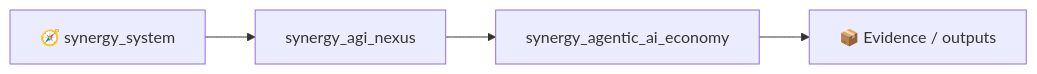
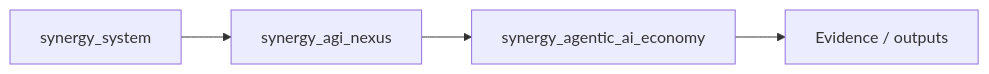
Before and after one commit to Shtenco/synergy_agentic_ai_economy: the second of 3 diagrams in README.md, drawn with Mermaid. The commit also changed other lines of this file, not shown here.

````diff
--- a/README.md
+++ b/README.md
@@ -1245,6 +1245,6 @@
 ```mermaid
 flowchart LR
-    SYS[🧭 synergy_system] --> P[synergy_agi_nexus]
+    SYS[ synergy_system] --> P[synergy_agi_nexus]
     P --> THIS[synergy_agentic_ai_economy]
-    THIS --> E[📦 Evidence / outputs]
+    THIS --> E[ Evidence / outputs]
 ```
````
